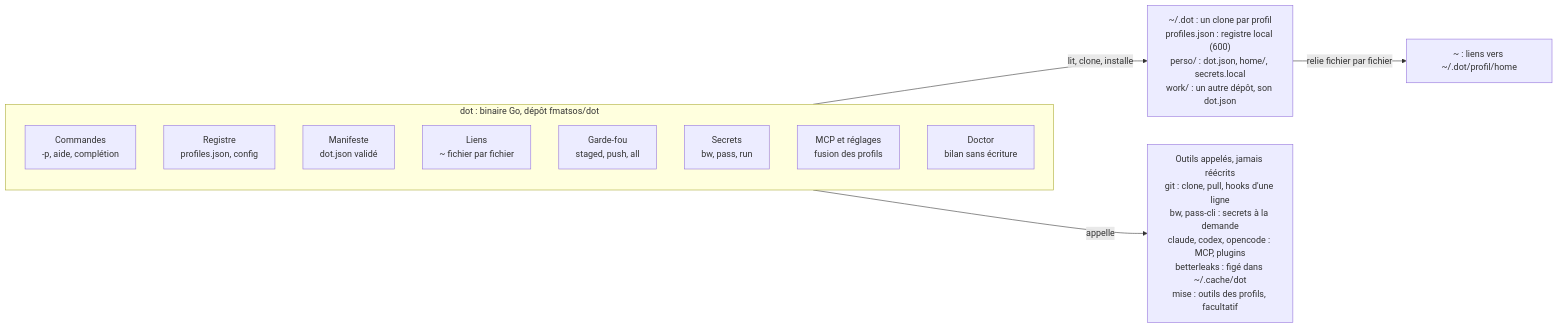
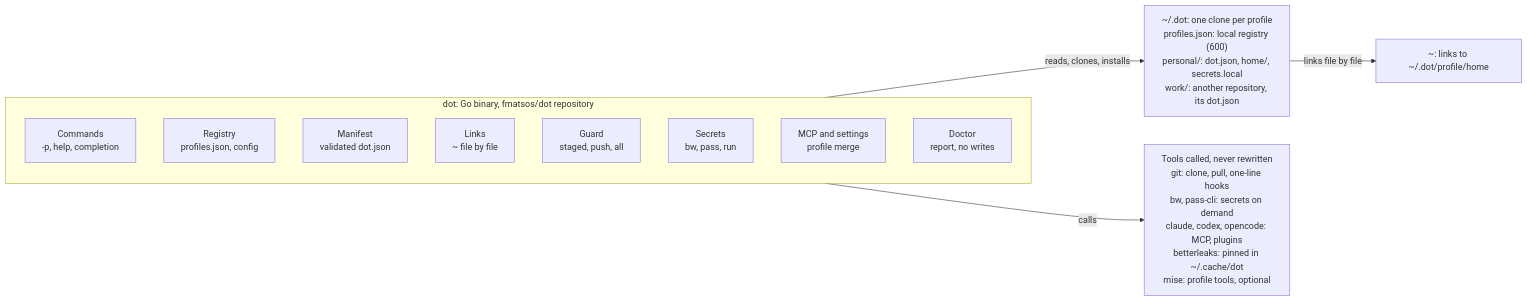
One commit to fmatsos/dot changed the first of 2 diagrams in PLAN.md. Above: the diagram before and after it, drawn with Mermaid. The commit also changed other lines of this file and 119 other files, not shown here.

````diff
--- a/PLAN.md
+++ b/PLAN.md
@@ -47,20 +47,20 @@
 ```mermaid
 flowchart LR
-  subgraph dot["dot : binaire Go, dépôt fmatsos/dot"]
+  subgraph dot["dot: Go binary, fmatsos/dot repository"]
     direction TB
-    cmd["Commandes<br/>-p, aide, complétion"]
-    reg["Registre<br/>profiles.json, config"]
-    man["Manifeste<br/>dot.json validé"]
-    lnk["Liens<br/>~ fichier par fichier"]
-    grd["Garde-fou<br/>staged, push, all"]
+    cmd["Commands<br/>-p, help, completion"]
+    reg["Registry<br/>profiles.json, config"]
+    man["Manifest<br/>validated dot.json"]
+    lnk["Links<br/>~ file by file"]
+    grd["Guard<br/>staged, push, all"]
     sec["Secrets<br/>bw, pass, run"]
-    mcp["MCP et réglages<br/>fusion des profils"]
-    doc["Doctor<br/>bilan sans écriture"]
+    mcp["MCP and settings<br/>profile merge"]
+    doc["Doctor<br/>report, no writes"]
   end
-  prof["~/.dot : un clone par profil<br/>profiles.json : registre local (600)<br/>perso/ : dot.json, home/, secrets.local<br/>work/ : un autre dépôt, son dot.json"]
-  home["~ : liens vers ~/.dot/profil/home"]
-  tools["Outils appelés, jamais réécrits<br/>git : clone, pull, hooks d'une ligne<br/>bw, pass-cli : secrets à la demande<br/>claude, codex, opencode : MCP, plugins<br/>betterleaks : figé dans ~/.cache/dot<br/>mise : outils des profils, facultatif"]
-  dot -->|"lit, clone, installe"| prof
-  prof -->|"relie fichier par fichier"| home
-  dot -->|"appelle"| tools
+  prof["~/.dot: one clone per profile<br/>profiles.json: local registry (600)<br/>personal/: dot.json, home/, secrets.local<br/>work/: another repository, its dot.json"]
+  home["~: links to ~/.dot/profile/home"]
+  tools["Tools called, never rewritten<br/>git: clone, pull, one-line hooks<br/>bw, pass-cli: secrets on demand<br/>claude, codex, opencode: MCP, plugins<br/>betterleaks: pinned in ~/.cache/dot<br/>mise: profile tools, optional"]
+  dot -->|"reads, clones, installs"| prof
+  prof -->|"links file by file"| home
+  dot -->|"calls"| tools
 ```
````
